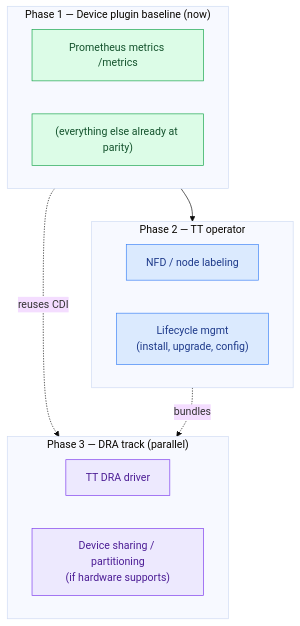
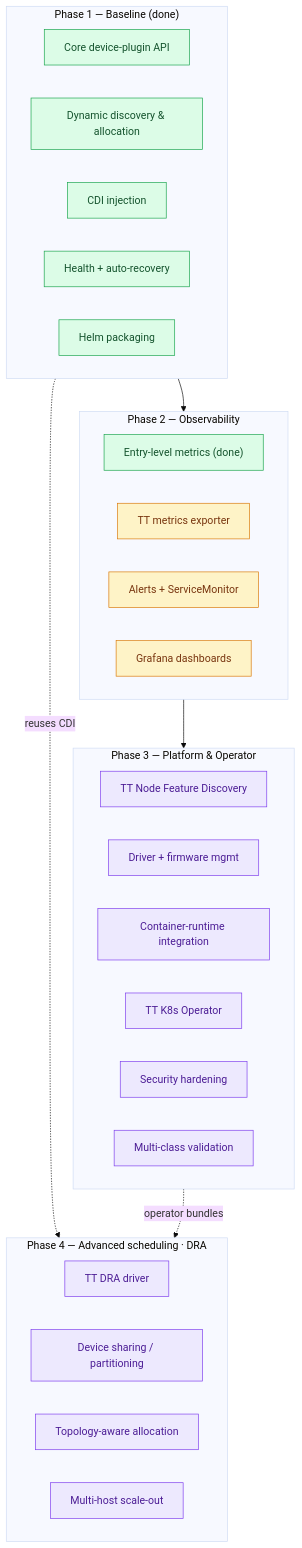
Before and after one commit to guhaneswaran/tt-k8s-device-plugin: the second of 3 diagrams in ROADMAP.md, drawn with Mermaid (base theme). The commit also changed other lines of this file and 1 other file, not shown here.

First line of the commit message:
docs(roadmap): expand to full ecosystem scope + add visual roadmap

````diff
--- a/ROADMAP.md
+++ b/ROADMAP.md
@@ -78,25 +81,40 @@
 ```mermaid
 flowchart TB
-  subgraph PH1["Phase 1 — Device plugin baseline (now)"]
-    M["Prometheus metrics /metrics"]
-    B["(everything else already at parity)"]
+  subgraph PH1["Phase 1 — Baseline (done)"]
+    A["Core device-plugin API"]
+    DISC["Dynamic discovery & allocation"]
+    CDI["CDI injection"]
+    HL["Health + auto-recovery"]
+    HELM["Helm packaging"]
   end
-  subgraph PH2["Phase 2 — TT operator"]
-    NFD["NFD / node labeling"]
-    LC["Lifecycle mgmt<br/>(install, upgrade, config)"]
+  subgraph PH2["Phase 2 — Observability"]
+    MET["Entry-level metrics (done)"]
+    EXP["TT metrics exporter"]
+    ALR["Alerts + ServiceMonitor"]
+    GRAF["Grafana dashboards"]
   end
-  subgraph PH3["Phase 3 — DRA track (parallel)"]
-    DRV["TT DRA driver"]
-    SH["Device sharing / partitioning<br/>(if hardware supports)"]
+  subgraph PH3["Phase 3 — Platform & Operator"]
+    NFD["TT Node Feature Discovery"]
+    DRVM["Driver + firmware mgmt"]
+    RT["Container-runtime integration"]
+    OP["TT K8s Operator"]
+    SEC["Security hardening"]
+    MC["Multi-class validation"]
   end
-  PH1 --> PH2
-  PH1 -.->|reuses CDI| PH3
-  PH2 -.->|bundles| PH3
+  subgraph PH4["Phase 4 — Advanced scheduling · DRA"]
+    DRA["TT DRA driver"]
+    SH["Device sharing / partitioning"]
+    TOP["Topology-aware allocation"]
+    MH["Multi-host scale-out"]
+  end
+  PH1 --> PH2 --> PH3
+  PH1 -.->|reuses CDI| PH4
+  PH3 -.->|operator bundles| PH4
 
-  classDef now fill:#dcfce7,stroke:#16a34a,color:#14532d;
-  classDef soon fill:#dbeafe,stroke:#3b82f6,color:#1e3a8a;
+  classDef done fill:#dcfce7,stroke:#16a34a,color:#14532d;
+  classDef prog fill:#fef3c7,stroke:#d97706,color:#78350f;
   classDef later fill:#ede9fe,stroke:#7c3aed,color:#4c1d95;
-  class M,B now;
-  class NFD,LC soon;
-  class DRV,SH later;
+  class A,DISC,CDI,HL,HELM,MET done;
+  class EXP,ALR,GRAF prog;
+  class NFD,DRVM,RT,OP,SEC,MC,DRA,SH,TOP,MH later;
 ```
````
